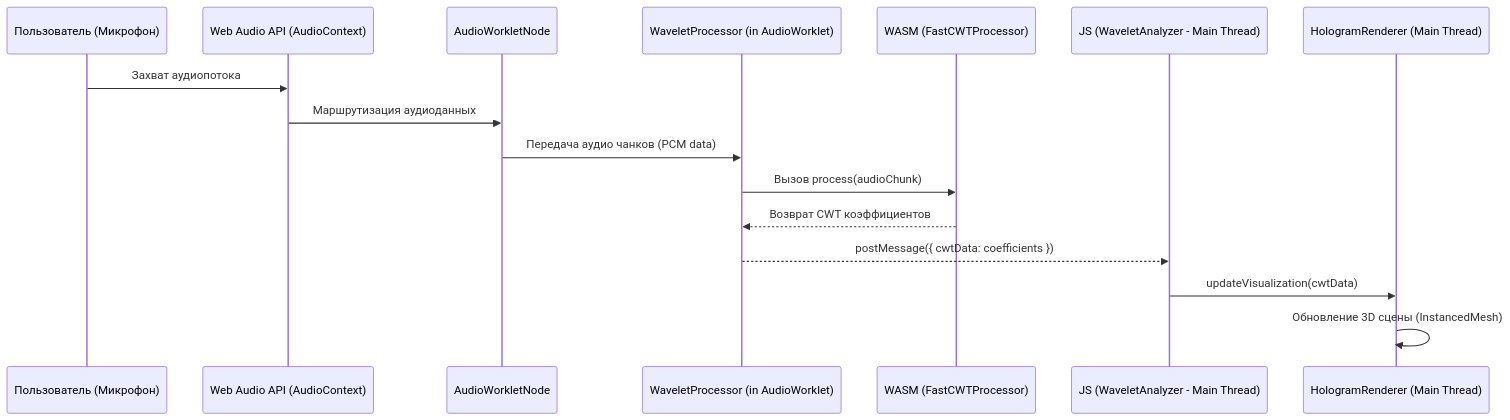
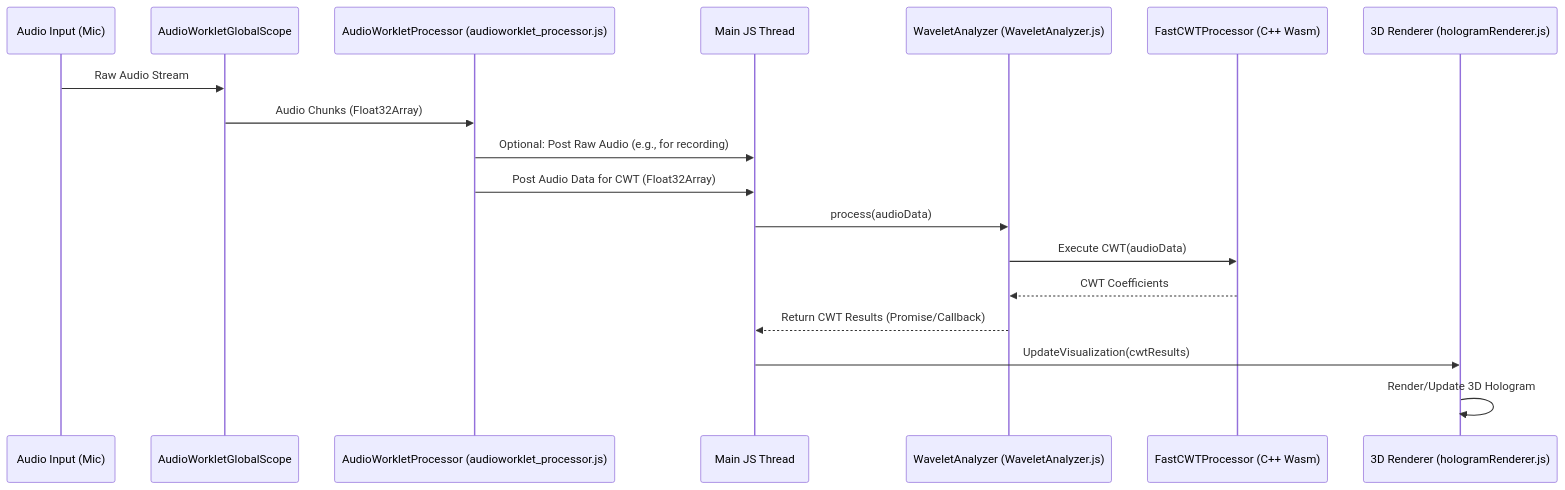
One commit to NeuroCoderZ/holograms.media changed the first of 2 diagrams in docs/WHITEGHOST.md. Above: the diagram before and after it, drawn with Mermaid. The commit also changed other lines of this file, not shown here.

First line of the commit message:
The input message does not violate any of the rules.

````diff
--- a/docs/WHITEGHOST.md
+++ b/docs/WHITEGHOST.md
@@ -44,19 +46,21 @@
 ```mermaid
 sequenceDiagram
-    participant UserMic as Пользователь (Микрофон)
-    participant AudioContext as Web Audio API (AudioContext)
-    participant WorkletNode as AudioWorkletNode
-    participant Processor as WaveletProcessor (in AudioWorklet)
-    participant WasmFastCWT as WASM (FastCWTProcessor)
-    participant JSAnalyzer as JS (WaveletAnalyzer - Main Thread)
-    participant Renderer as HologramRenderer (Main Thread)
+    participant AudioInput as Audio Input (Mic)
+    participant AWGS as AudioWorkletGlobalScope
+    participant Processor as AudioWorkletProcessor (audioworklet_processor.js)
+    participant MainThread as Main JS Thread
+    participant WA as WaveletAnalyzer (WaveletAnalyzer.js)
+    participant FCWT as FastCWTProcessor (C++ Wasm)
+    participant Renderer as 3D Renderer (hologramRenderer.js)
 
-    UserMic->>AudioContext: Захват аудиопотока
-    AudioContext->>WorkletNode: Маршрутизация аудиоданных
-    WorkletNode->>Processor: Передача аудио чанков (PCM data)
-    Processor->>WasmFastCWT: Вызов process(audioChunk)
-    WasmFastCWT-->>Processor: Возврат CWT коэффициентов
-    Processor-->>JSAnalyzer: postMessage({ cwtData: coefficients })
-    JSAnalyzer->>Renderer: updateVisualization(cwtData)
-    Renderer->>Renderer: Обновление 3D сцены (InstancedMesh)
+    AudioInput->>AWGS: Raw Audio Stream
+    AWGS->>Processor: Audio Chunks (Float32Array)
+    Processor->>MainThread: Optional: Post Raw Audio (e.g., for recording)
+    Processor->>MainThread: Post Audio Data for CWT (Float32Array)
+    MainThread->>WA: process(audioData)
+    WA->>FCWT: Execute CWT(audioData)
+    FCWT-->>WA: CWT Coefficients
+    WA-->>MainThread: Return CWT Results (Promise/Callback)
+    MainThread->>Renderer: UpdateVisualization(cwtResults)
+    Renderer->>Renderer: Render/Update 3D Hologram
 ```
````
